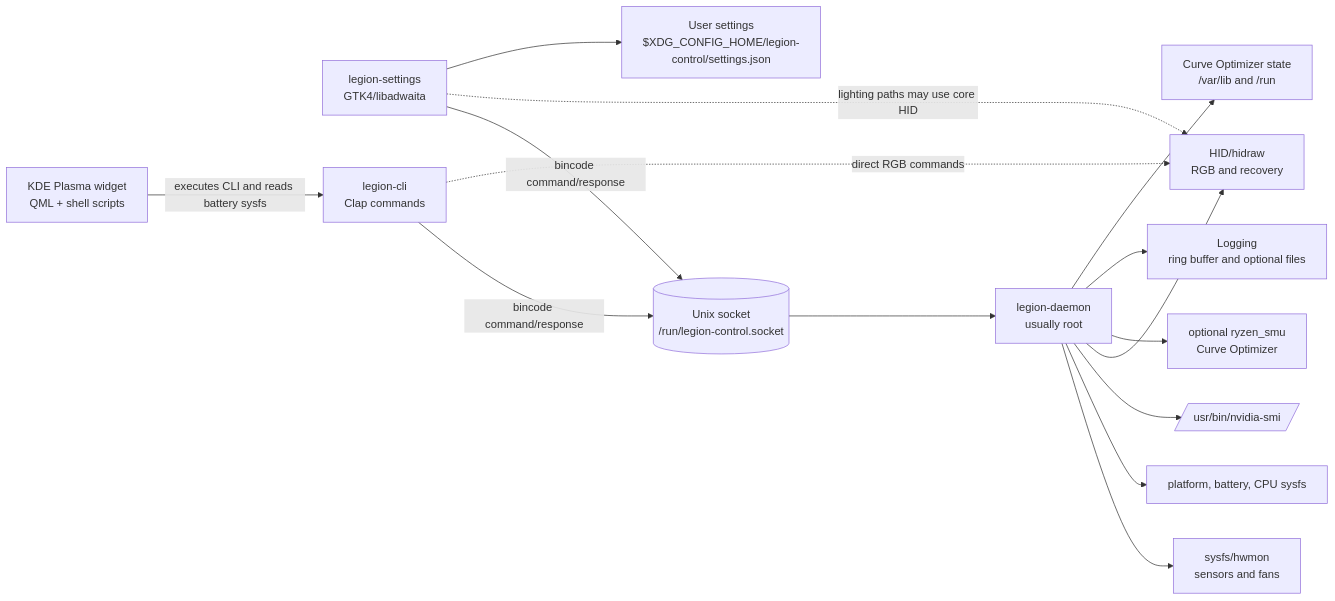
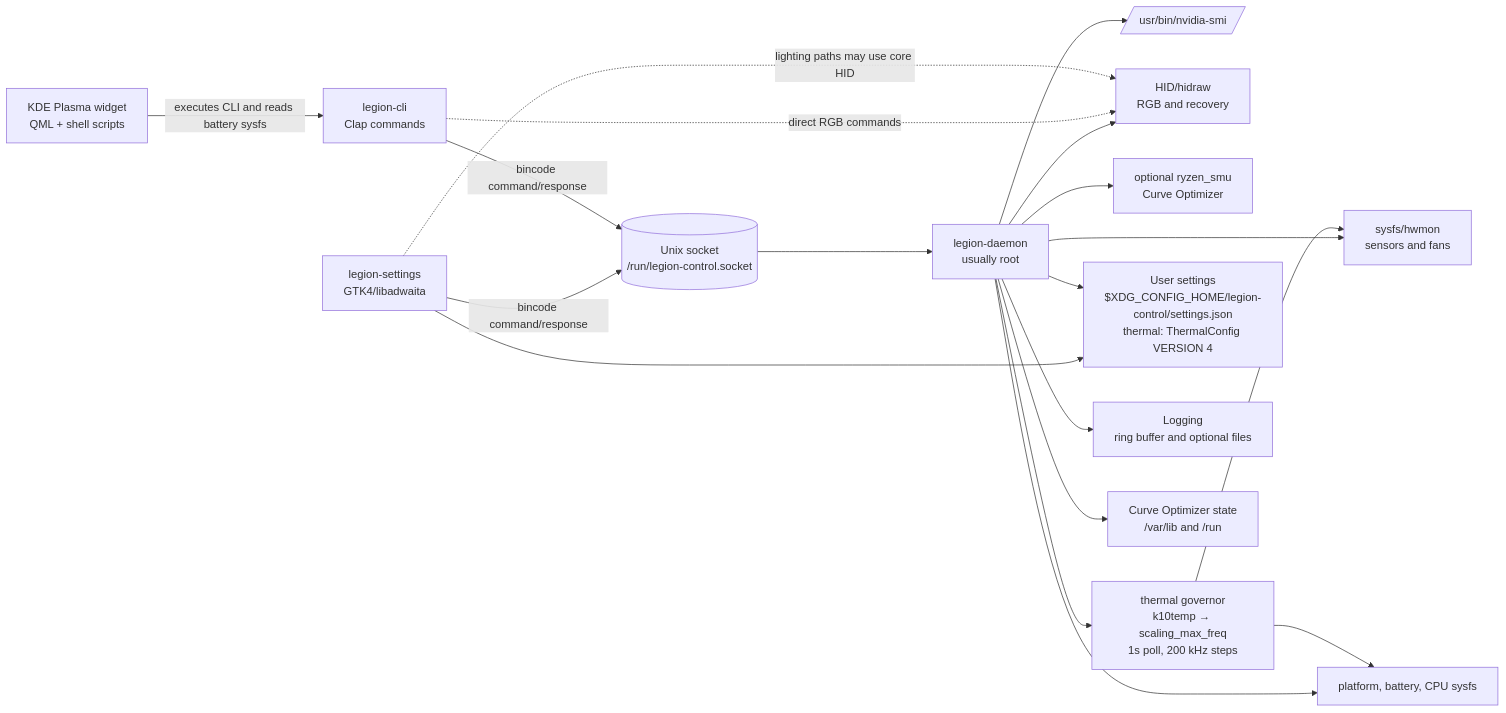
The diagram in docs/ARCHITECTURE.md (encomjp/Lenovo-Legion-Control), drawn with Mermaid before and after one commit. The commit also changed other lines of this file and 1 other file, not shown here.

Commit message:
docs: thermal throttle usage and architecture

````diff
--- a/docs/ARCHITECTURE.md
+++ b/docs/ARCHITECTURE.md
@@ -16,29 +16,34 @@
 ```mermaid
 flowchart LR
     GUI[legion-settings\nGTK4/libadwaita]
     CLI[legion-cli\nClap commands]
     KDE[KDE Plasma widget\nQML + shell scripts]
     SOCKET[(Unix socket\n/run/legion-control.socket)]
     DAEMON[legion-daemon\nusually root]
 
     GUI -->|bincode command/response| SOCKET
     CLI -->|bincode command/response| SOCKET
     KDE -->|executes CLI and reads battery sysfs| CLI
     SOCKET --> DAEMON
 
     DAEMON --> HWMON[sysfs/hwmon\nsensors and fans]
     DAEMON --> SYSFS[platform, battery, CPU sysfs]
     DAEMON --> NVIDIA[/usr/bin/nvidia-smi/]
     DAEMON --> HID[HID/hidraw\nRGB and recovery]
     DAEMON --> SMU[optional ryzen_smu\nCurve Optimizer]
+    DAEMON --> THERMAL[thermal governor\nk10temp → scaling_max_freq\n1s poll, 200 kHz steps]
+
+    THERMAL --> HWMON
+    THERMAL --> SYSFS
 
     CLI -. direct RGB commands .-> HID
     GUI -. lighting paths may use core HID .-> HID
 
-    CONFIG[User settings\n$XDG_CONFIG_HOME/legion-control/settings.json]
+    CONFIG[User settings\n$XDG_CONFIG_HOME/legion-control/settings.json\nthermal: ThermalConfig VERSION 4]
     LOGS[Logging\nring buffer and optional files]
     PERSIST[Curve Optimizer state\n/var/lib and /run]
     GUI --> CONFIG
+    DAEMON --> CONFIG
     DAEMON --> LOGS
     DAEMON --> PERSIST
 ```
````
